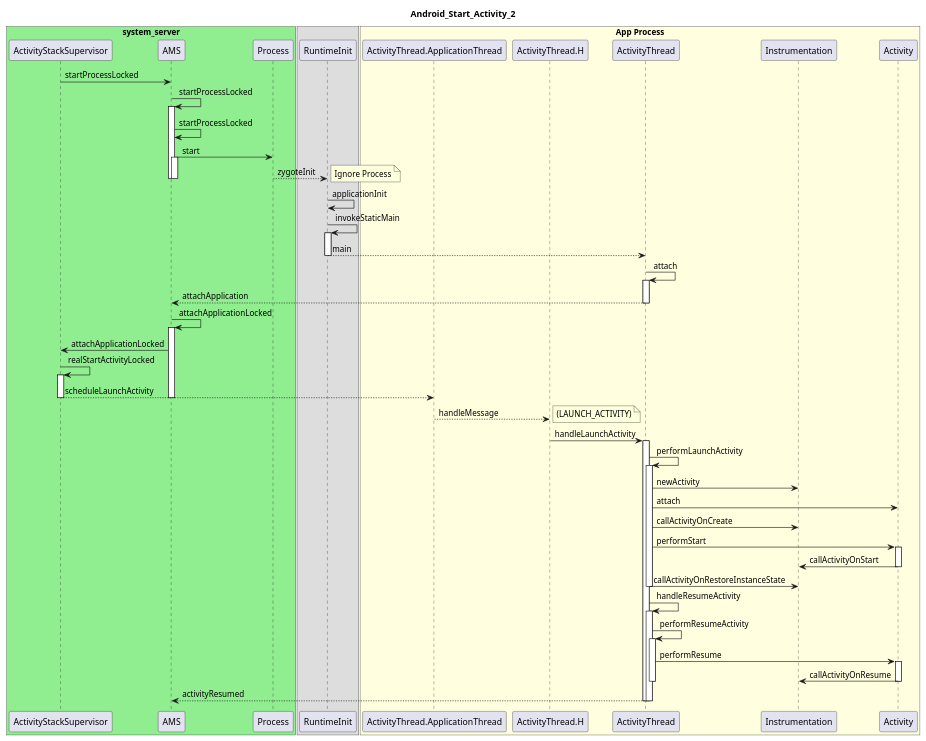
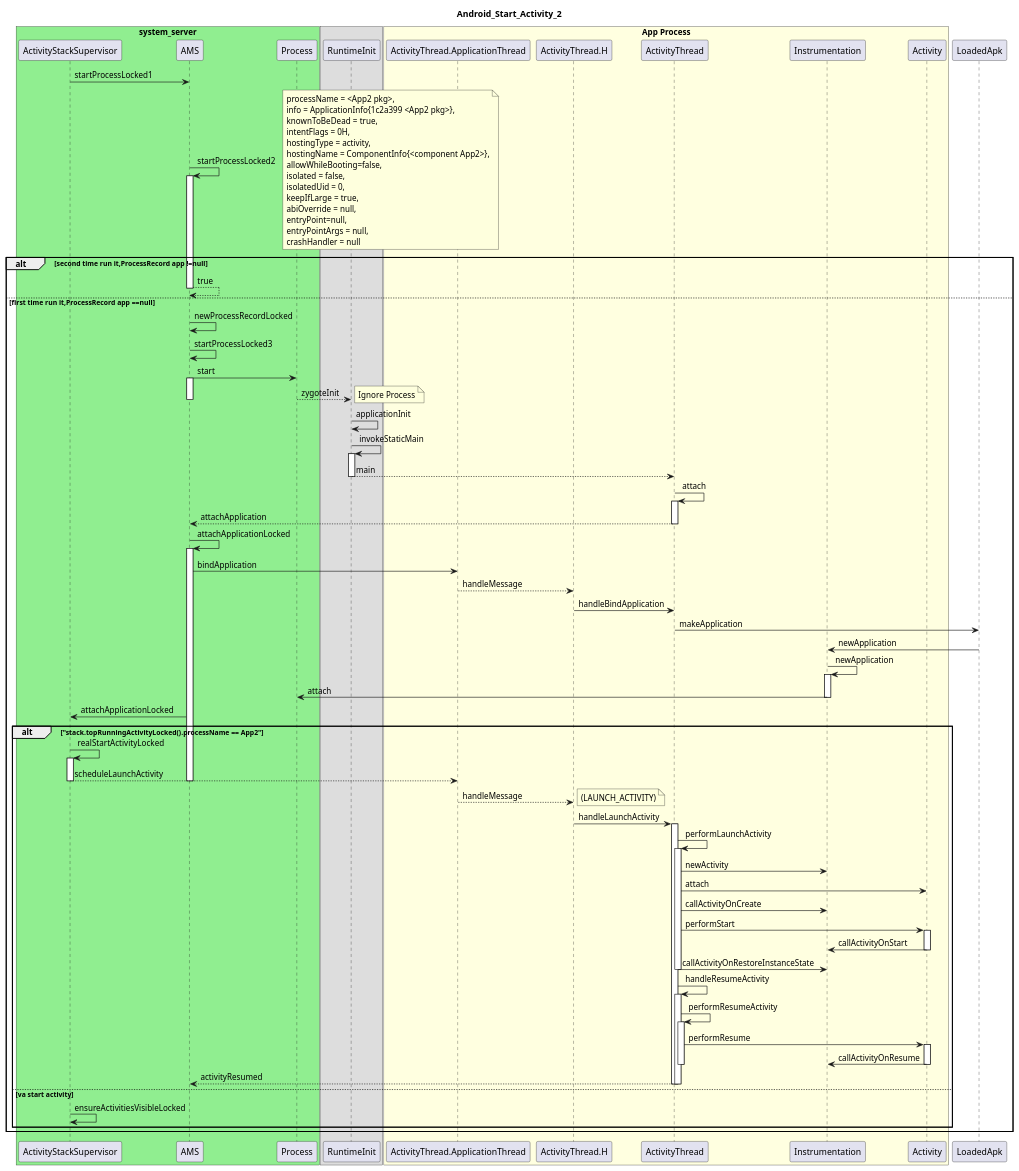
One commit to peggy109/AndroidSystemServer changed the diagram in android_start_activity_2.puml. Above: the diagram before and after it, drawn with PlantUML. The commit also changed 1 other file, not shown here.

Commit message:
android_start_activity.puml,optimize

```diff
--- a/android_start_activity_2.puml
+++ b/android_start_activity_2.puml
@@ -2,73 +2,109 @@
 @startuml
 title Android_Start_Activity_2
 box "system_server" #LightGreen
 participant ActivityStackSupervisor
 participant AMS
 participant Process
 end box
 box
 participant RuntimeInit
 end box
 box "App Process" #LightYellow
 participant ActivityThread.ApplicationThread
 participant ActivityThread.H
 participant ActivityThread
 participant Instrumentation
 participant Activity
 end box
 
-ActivityStackSupervisor-> AMS : startProcessLocked
-AMS -> AMS : startProcessLocked
+ActivityStackSupervisor-> AMS : startProcessLocked1
+AMS -> AMS : startProcessLocked2
+note right
+    processName = <App2 pkg>,
+    info = ApplicationInfo{1c2a399 <App2 pkg>},
+    knownToBeDead = true,
+    intentFlags = 0H,
+    hostingType = activity,
+    hostingName = ComponentInfo{<component App2>},
+    allowWhileBooting=false,
+    isolated = false,
+    isolatedUid = 0,
+    keepIfLarge = true,
+    abiOverride = null,
+    entryPoint=null,
+    entryPointArgs = null,
+    crashHandler = null
+end note
 activate AMS
-AMS -> AMS : startProcessLocked
-AMS -> Process : start
-activate AMS
-Process ---> RuntimeInit : zygoteInit
-deactivate AMS
-deactivate AMS
-note right : Ignore Process
-RuntimeInit -> RuntimeInit : applicationInit
-RuntimeInit -> RuntimeInit : invokeStaticMain
-activate RuntimeInit
-RuntimeInit ---> ActivityThread : main
-deactivate RuntimeInit
-ActivityThread -> ActivityThread : attach
-activate ActivityThread
-ActivityThread ---> AMS : attachApplication
-deactivate ActivityThread
-AMS -> AMS : attachApplicationLocked
-activate AMS
-AMS -> ActivityStackSupervisor : attachApplicationLocked
-ActivityStackSupervisor -> ActivityStackSupervisor : realStartActivityLocked
-activate ActivityStackSupervisor
-ActivityStackSupervisor ---> ActivityThread.ApplicationThread : scheduleLaunchActivity
-deactivate ActivityStackSupervisor
-deactivate AMS
-ActivityThread.ApplicationThread ---> ActivityThread.H : handleMessage
-note right : (LAUNCH_ACTIVITY)
-ActivityThread.H -> ActivityThread : handleLaunchActivity
-activate ActivityThread
-    ActivityThread -> ActivityThread : performLaunchActivity
+alt #transparent second time run it,ProcessRecord app !=null
+    return true
+else first time run it,ProcessRecord app ==null
+    AMS -> AMS : newProcessRecordLocked
+    AMS -> AMS : startProcessLocked3
+    AMS -> Process : start
+    activate AMS
+    Process ---> RuntimeInit : zygoteInit
+    deactivate AMS
+    deactivate AMS
+    note right : Ignore Process
+    RuntimeInit -> RuntimeInit : applicationInit
+    RuntimeInit -> RuntimeInit : invokeStaticMain
+    activate RuntimeInit
+    RuntimeInit ---> ActivityThread : main
+    deactivate RuntimeInit
+    ActivityThread -> ActivityThread : attach
     activate ActivityThread
-        ActivityThread -> Instrumentation : newActivity
-        ActivityThread -> Activity : attach
-        ActivityThread -> Instrumentation : callActivityOnCreate
-        ActivityThread -> Activity : performStart
-        activate Activity
-            Activity -> Instrumentation : callActivityOnStart
-        deactivate Activity
-        ActivityThread -> Instrumentation : callActivityOnRestoreInstanceState
+    ActivityThread ---> AMS : attachApplication
     deactivate ActivityThread
-    ActivityThread -> ActivityThread : handleResumeActivity
+    AMS -> AMS : attachApplicationLocked
+    activate AMS
+    AMS -> ActivityThread.ApplicationThread : bindApplication
+    ActivityThread.ApplicationThread ---> ActivityThread.H : handleMessage
+    ActivityThread.H -> ActivityThread : handleBindApplication
+    ActivityThread -> LoadedApk : makeApplication
+    LoadedApk -> Instrumentation : newApplication
+    Instrumentation -> Instrumentation : newApplication
+    activate Instrumentation
+    Instrumentation -> Process :attach
+    deactivate Instrumentation
+    AMS -> ActivityStackSupervisor : attachApplicationLocked
+    alt #transparent "stack.topRunningActivityLocked().processName == App2"
+    ActivityStackSupervisor -> ActivityStackSupervisor : realStartActivityLocked
+    activate ActivityStackSupervisor
+    ActivityStackSupervisor ---> ActivityThread.ApplicationThread : scheduleLaunchActivity
+    deactivate ActivityStackSupervisor
+
+    deactivate AMS
+    ActivityThread.ApplicationThread ---> ActivityThread.H : handleMessage
+    note right : (LAUNCH_ACTIVITY)
+    ActivityThread.H -> ActivityThread : handleLaunchActivity
     activate ActivityThread
-        ActivityThread -> ActivityThread : performResumeActivity
+        ActivityThread -> ActivityThread : performLaunchActivity
         activate ActivityThread
-            ActivityThread -> Activity : performResume
+            ActivityThread -> Instrumentation : newActivity
+            ActivityThread -> Activity : attach
+            ActivityThread -> Instrumentation : callActivityOnCreate
+            ActivityThread -> Activity : performStart
             activate Activity
-                Activity -> Instrumentation : callActivityOnResume
+                Activity -> Instrumentation : callActivityOnStart
             deactivate Activity
+            ActivityThread -> Instrumentation : callActivityOnRestoreInstanceState
         deactivate ActivityThread
-        ActivityThread ---> AMS : activityResumed
+        ActivityThread -> ActivityThread : handleResumeActivity
+        activate ActivityThread
+            ActivityThread -> ActivityThread : performResumeActivity
+            activate ActivityThread
+                ActivityThread -> Activity : performResume
+                activate Activity
+                    Activity -> Instrumentation : callActivityOnResume
+                deactivate Activity
+            deactivate ActivityThread
+            ActivityThread ---> AMS : activityResumed
+        deactivate ActivityThread
     deactivate ActivityThread
-deactivate ActivityThread
+    else va start activity
+    ActivityStackSupervisor -> ActivityStackSupervisor : ensureActivitiesVisibleLocked
+    end
+
+end
 @enduml
```
